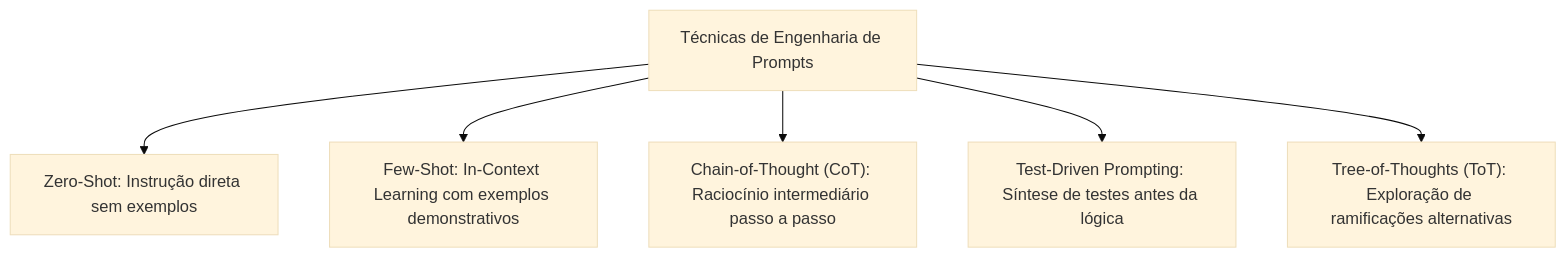
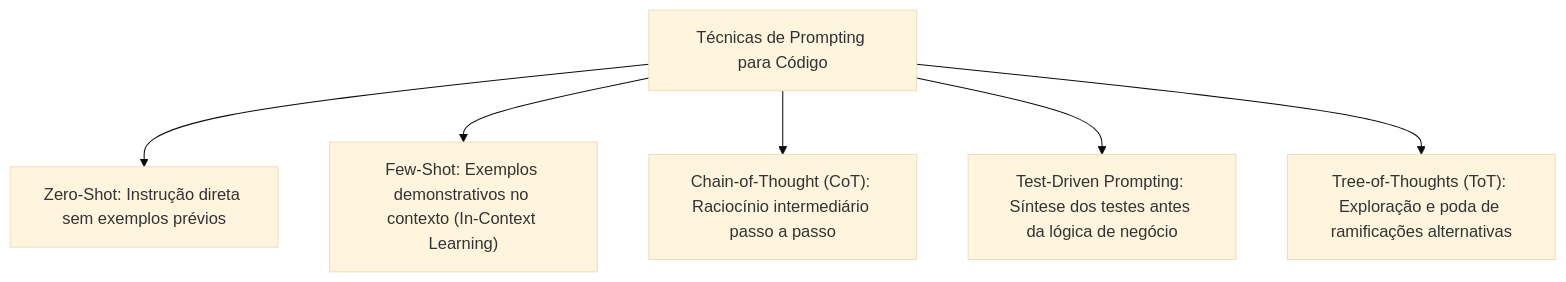
The fifth of 6 diagrams in fontes_de_estudo/conhecimentos_especificos_b02_ti/06_engenharia_software_ia_e_sistemas_agentivos/01_fundamentos_llms_intent_based_e_engenharia_de_prompts.md (thiagosantos346/TCE-GO-2027), drawn with Mermaid (base theme) before and after one commit. The commit also changed other lines of this file and 119 other files, not shown here.

````diff
--- a/fontes_de_estudo/conhecimentos_especificos_b02_ti/06_engenharia_software_ia_e_sistemas_agentivos/01_fundamentos_llms_intent_based_e_engenharia_de_prompts.md
+++ b/fontes_de_estudo/conhecimentos_especificos_b02_ti/06_engenharia_software_ia_e_sistemas_agentivos/01_fundamentos_llms_intent_based_e_engenharia_de_prompts.md
@@ -181,9 +197,9 @@
 ```mermaid
 flowchart TD
-    Z["Técnicas de Engenharia de Prompts"]
-    Z --> ZS["Zero-Shot: Instrução direta sem exemplos"]
-    Z --> FS["Few-Shot: In-Context Learning com exemplos demonstrativos"]
+    Z["Técnicas de Prompting para Código"]
+    Z --> ZS["Zero-Shot: Instrução direta sem exemplos prévios"]
+    Z --> FS["Few-Shot: Exemplos demonstrativos no contexto (In-Context Learning)"]
     Z --> COT["Chain-of-Thought (CoT): Raciocínio intermediário passo a passo"]
-    Z --> TDP["Test-Driven Prompting: Síntese de testes antes da lógica"]
-    Z --> TOT["Tree-of-Thoughts (ToT): Exploração de ramificações alternativas"]
+    Z --> TDP["Test-Driven Prompting: Síntese dos testes antes da lógica de negócio"]
+    Z --> TOT["Tree-of-Thoughts (ToT): Exploração e poda de ramificações alternativas"]
 ```
````
